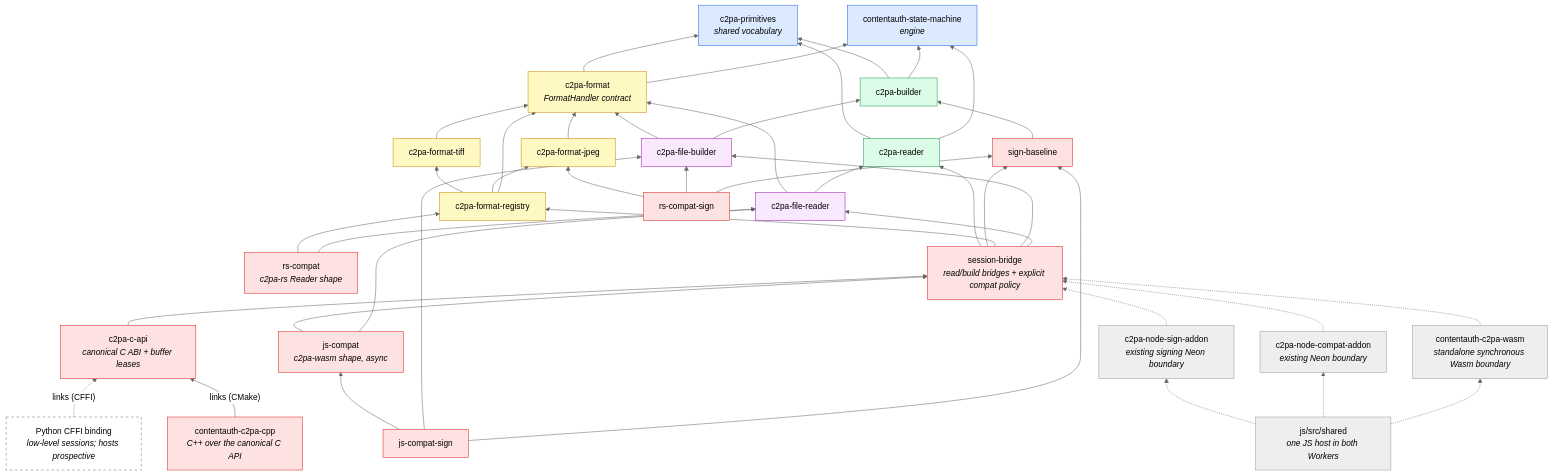
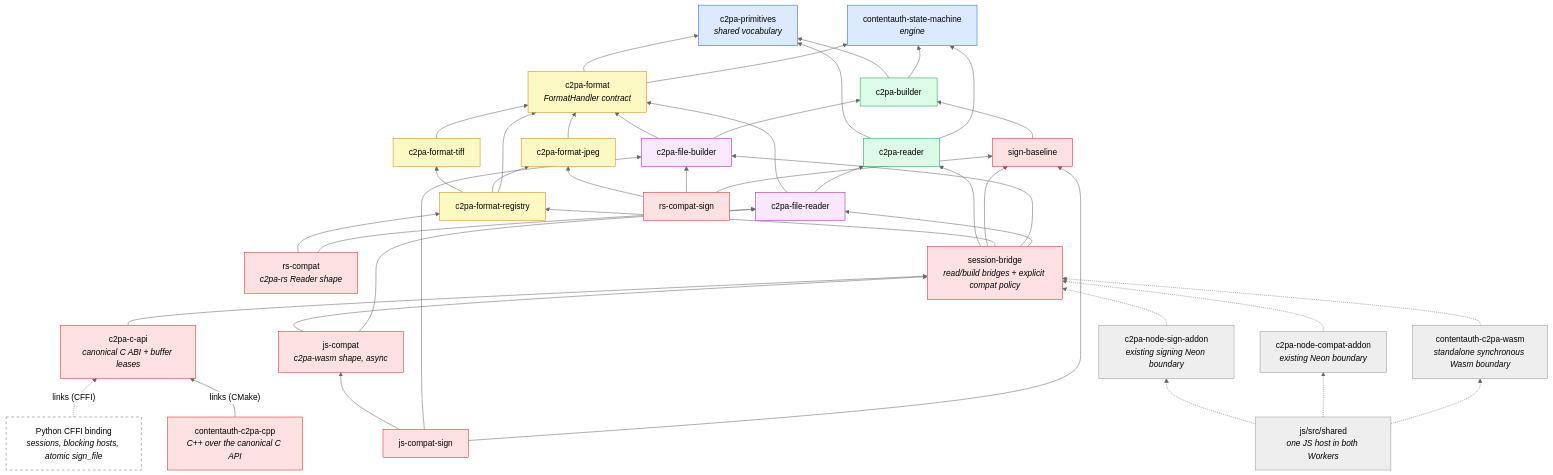
One commit to scouten/state-machine-experiment changed the first of 2 diagrams in docs/walkthrough/02-architecture.md. Above: the diagram before and after it, drawn with Mermaid (neutral theme). The commit also changed other lines of this file and 9 other files, not shown here.

First line of the commit message:
Add blocking Python hosts, drivers and atomic file signing

````diff
--- a/docs/walkthrough/02-architecture.md
+++ b/docs/walkthrough/02-architecture.md
@@ -15,66 +16,66 @@
 ```mermaid
 flowchart BT
     SM["contentauth-state-machine<br/><i>engine</i>"]
     PR["c2pa-primitives<br/><i>shared vocabulary</i>"]
 
     RD["c2pa-reader"]
     BD["c2pa-builder"]
     FM["c2pa-format<br/><i>FormatHandler contract</i>"]
 
     JP["c2pa-format-jpeg"]
     TF["c2pa-format-tiff"]
     RG["c2pa-format-registry"]
 
     FR["c2pa-file-reader"]
     FB["c2pa-file-builder"]
 
     RSC["rs-compat<br/><i>c2pa-rs Reader shape</i>"]
     JSC["js-compat<br/><i>c2pa-wasm shape, async</i>"]
     BR["session-bridge<br/><i>read/build bridges + explicit compat policy</i>"]
 
     SB["sign-baseline"]
     RSS["rs-compat-sign"]
     JSS["js-compat-sign"]
     HOST["js/src/shared<br/><i>one JS host in both Workers</i>"]
     PW["contentauth-c2pa-wasm<br/><i>standalone synchronous Wasm boundary</i>"]
     PN["c2pa-node-compat-addon<br/><i>existing Neon boundary</i>"]
     PNS["c2pa-node-sign-addon<br/><i>existing signing Neon boundary</i>"]
     CPP["contentauth-c2pa-cpp<br/><i>C++ over the canonical C API</i>"]
-    PY["Python CFFI binding<br/><i>low-level sessions; hosts prospective</i>"]
+    PY["Python CFFI binding<br/><i>sessions, blocking hosts, atomic sign_file</i>"]
     CAPI["c2pa-c-api<br/><i>canonical C ABI + buffer leases</i>"]
 
     RD --> SM & PR
     BD --> SM & PR
     FM --> SM & PR
     JP --> FM
     TF --> FM
     RG --> FM & JP & TF
     FR --> RD & FM
     FB --> BD & FM
     RSC --> FR & RG
     JSC --> FR & BR
     BR --> FR & FB & RG & SB & RD
     SB --> BD
     RSS --> SB & FB & JP
     JSS --> SB & FB & JSC
     HOST -.-> PW & PN & PNS
     PW -.-> BR
     PN -.-> BR
     PNS -.-> BR
     CPP -->|"links (CMake)"| CAPI
     PY -.->|"links (CFFI)"| CAPI
     CAPI --> BR
 
     classDef engine fill:#dbeafe,stroke:#2563eb,color:#000
     classDef core fill:#dcfce7,stroke:#16a34a,color:#000
     classDef fmt fill:#fef9c3,stroke:#ca8a04,color:#000
     classDef glue fill:#fae8ff,stroke:#a21caf,color:#000
     classDef bind fill:#fee2e2,stroke:#dc2626,color:#000
     classDef proposed fill:#fff,stroke:#64748b,stroke-dasharray:5 5,color:#000
     class SM,PR engine
     class RD,BD core
     class FM,JP,TF,RG fmt
     class FR,FB glue
     class RSC,JSC,BR,CPP,SB,RSS,JSS,CAPI bind
     class PY proposed
 ```
````
